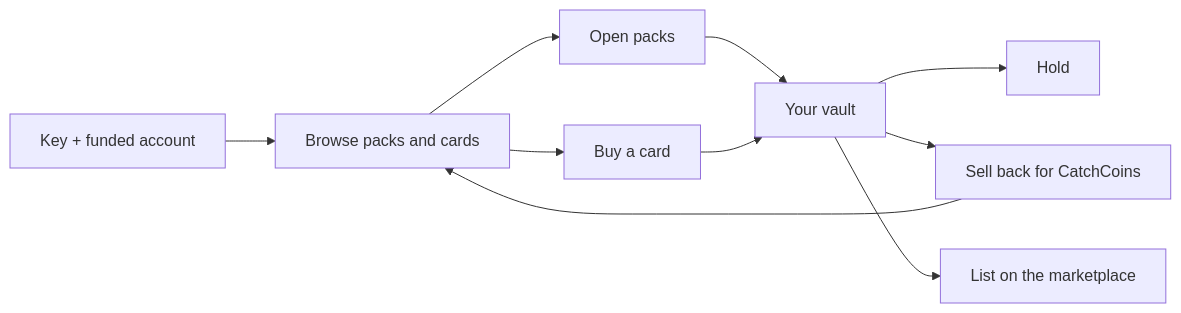
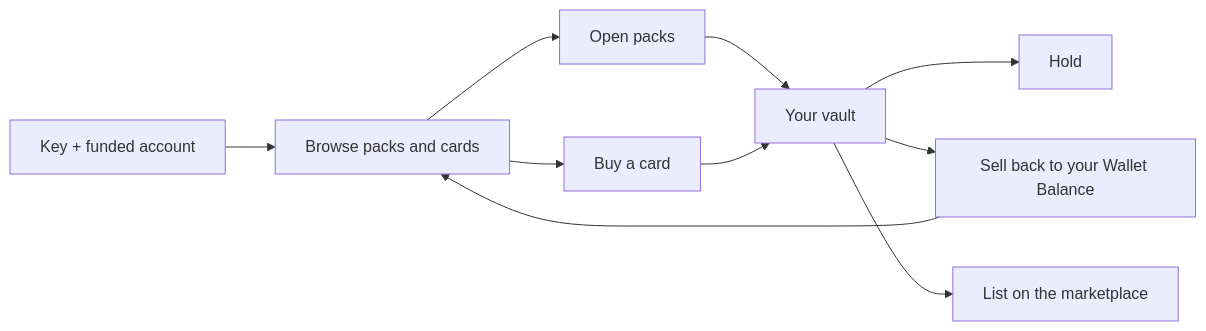
One commit to josephhhzhanggg/catchback-docs changed the diagram in partner-api/how-it-works.mdx. Above: the diagram before and after it, drawn with Mermaid. The commit also changed other lines of this file and 22 other files, not shown here.

First line of the commit message:
Say Wallet Balance instead of CatchCoins

````diff
--- a/partner-api/how-it-works.mdx
+++ b/partner-api/how-it-works.mdx
@@ -8,12 +8,12 @@
 ```mermaid
 flowchart LR
   A[Key + funded account] --> B[Browse packs and cards]
   B --> C[Open packs]
   B --> D[Buy a card]
   C --> E[Your vault]
   D --> E
   E --> F[Hold]
-  E --> G[Sell back for CatchCoins]
+  E --> G[Sell back to your Wallet Balance]
   E --> H[List on the marketplace]
   G --> B
 ```
````
